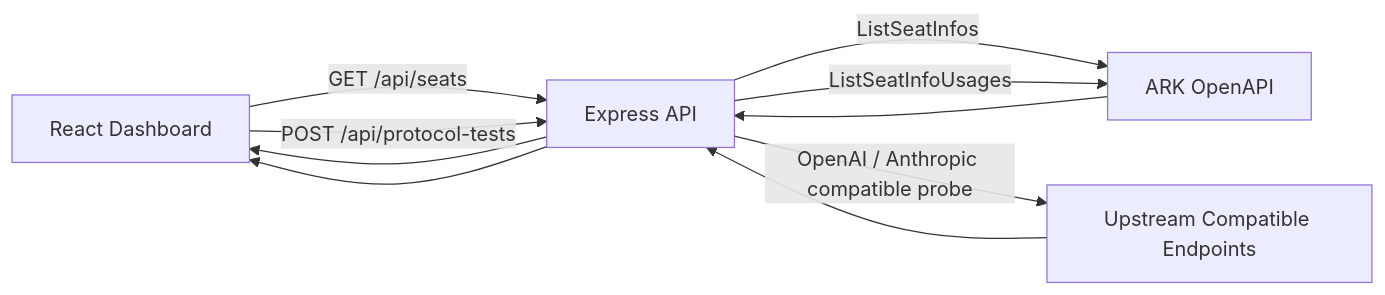
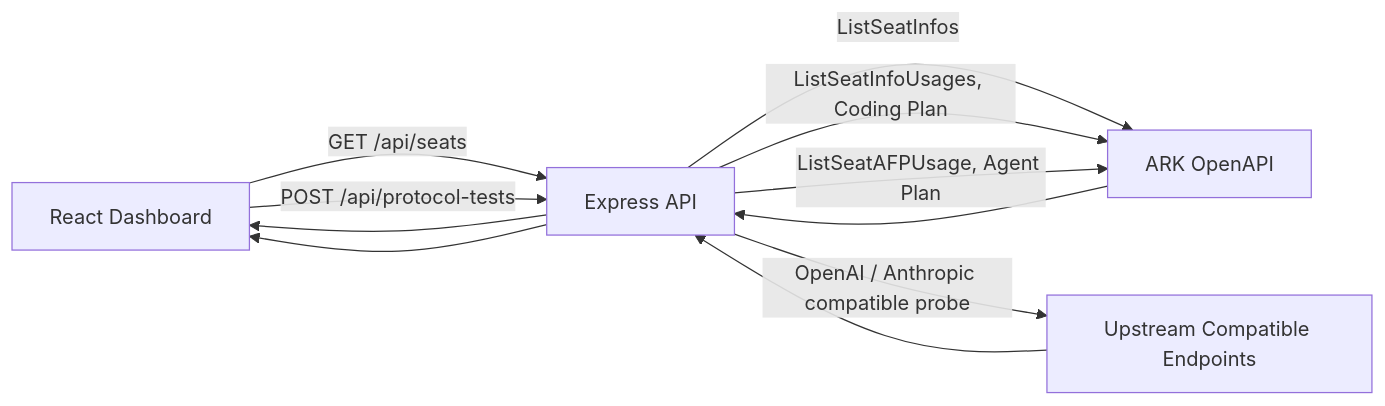
Before and after one commit to ikiwihome/SeatsUsage: the diagram in README.md, drawn with Mermaid. The commit also changed other lines of this file and 6 other files, not shown here.

````diff
--- a/README.md
+++ b/README.md
@@ -143,12 +147,13 @@
 ```mermaid
 flowchart LR
 	A[React Dashboard] -->|GET /api/seats| B[Express API]
 	B -->|ListSeatInfos| C[ARK OpenAPI]
-	B -->|ListSeatInfoUsages| C
+	B -->|ListSeatInfoUsages, Coding Plan| C
+	B -->|ListSeatAFPUsage, Agent Plan| C
 	C --> B
 	B --> A
 	A -->|POST /api/protocol-tests| B
 	B -->|OpenAI / Anthropic compatible probe| D[Upstream Compatible Endpoints]
 	D --> B
 	B --> A
 ```
````
